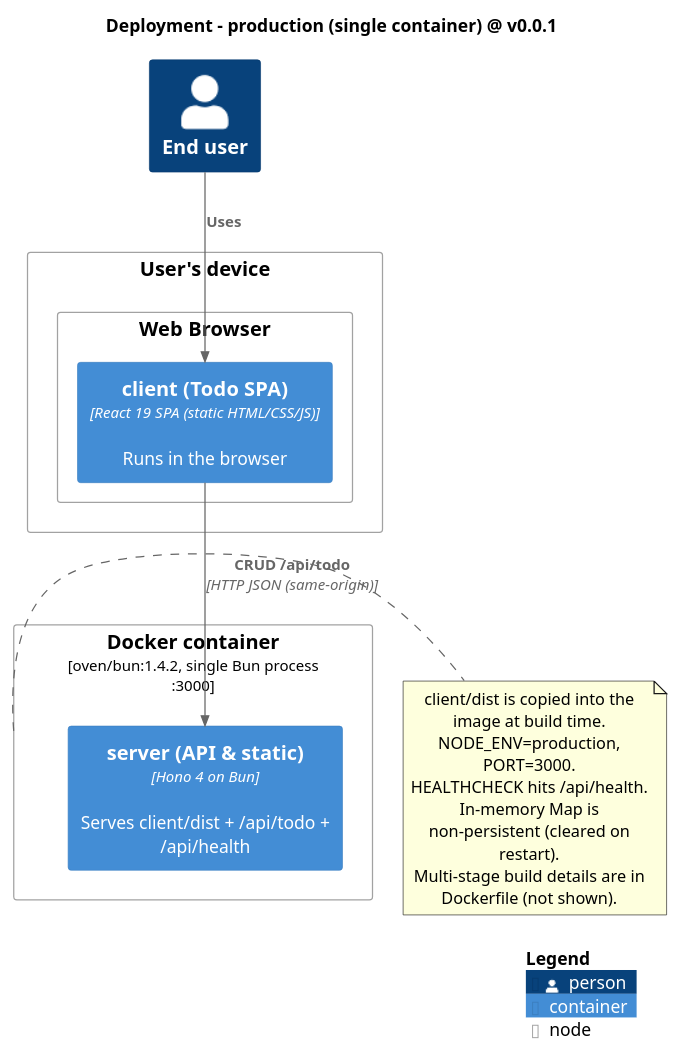
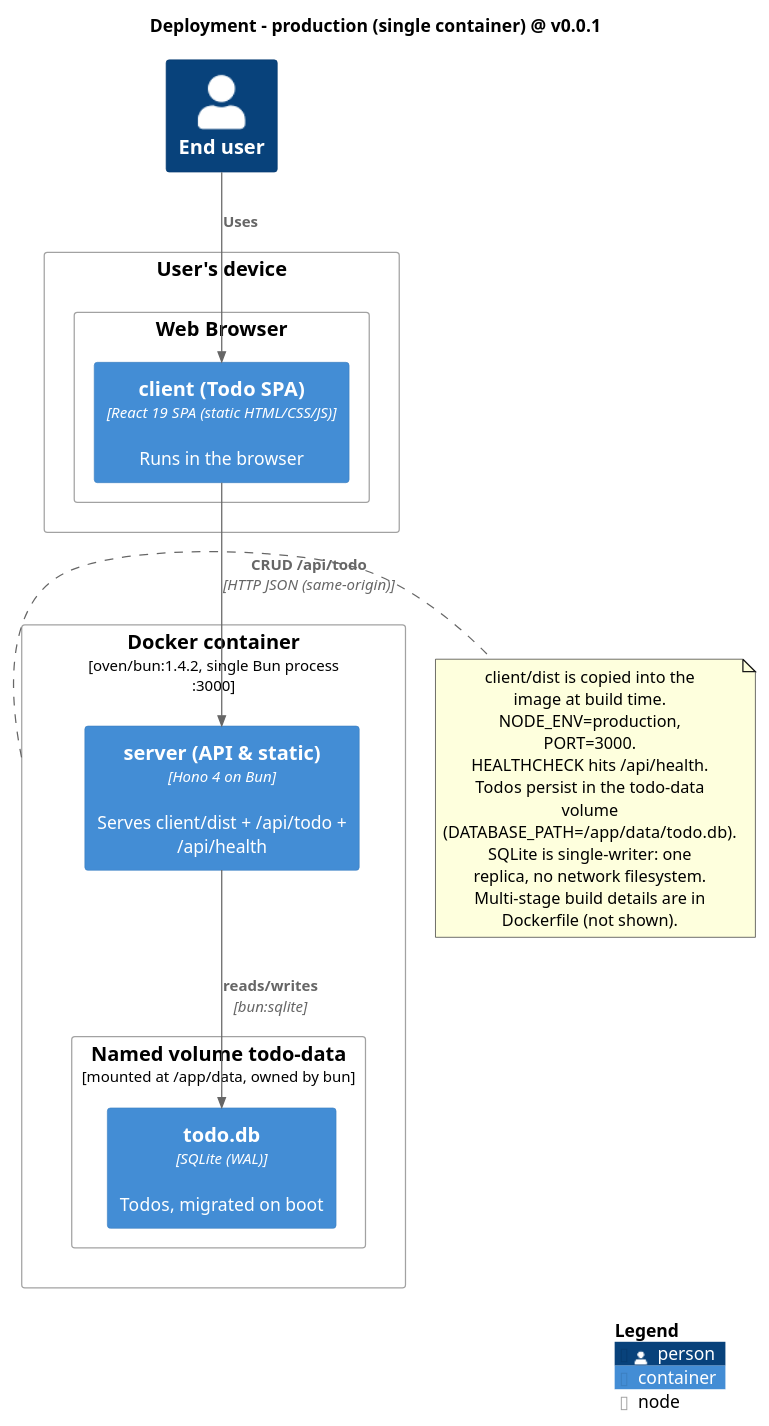
One commit to MemoryIt/todo changed the diagram in docs/architecture/diagrams/06b-deployment-prod.puml. Above: the diagram before and after it, drawn with PlantUML. The commit also changed 8 other files, not shown here.

First line of the commit message:
docs: describe SQLite persistence in READMEs and C4 diagrams

```diff
--- a/docs/architecture/diagrams/06b-deployment-prod.puml
+++ b/docs/architecture/diagrams/06b-deployment-prod.puml
@@ -1,29 +1,34 @@
 @startuml
 !include <C4/C4_Deployment>
 title Deployment - production (single container) @ v0.0.1
 
 Person(user, "End user")
 
 Deployment_Node(userDevice, "User's device") {
   Deployment_Node(browser, "Web Browser") {
     Container(client, "client (Todo SPA)", "React 19 SPA (static HTML/CSS/JS)", "Runs in the browser")
   }
 }
 
 Deployment_Node(docker, "Docker container", "oven/bun:1.4.2, single Bun process :3000") {
   Container(server, "server (API & static)", "Hono 4 on Bun", "Serves client/dist + /api/todo + /api/health")
+  Deployment_Node(volume, "Named volume todo-data", "mounted at /app/data, owned by bun") {
+    Container(database, "todo.db", "SQLite (WAL)", "Todos, migrated on boot")
+  }
 }
 
 Rel(user, client, "Uses")
 Rel(client, server, "CRUD /api/todo", "HTTP JSON (same-origin)")
+Rel(server, database, "reads/writes", "bun:sqlite")
 
 note right of docker
   client/dist is copied into the image at build time.
   NODE_ENV=production, PORT=3000.
   HEALTHCHECK hits /api/health.
-  In-memory Map is non-persistent (cleared on restart).
+  Todos persist in the todo-data volume (DATABASE_PATH=/app/data/todo.db).
+  SQLite is single-writer: one replica, no network filesystem.
   Multi-stage build details are in Dockerfile (not shown).
 end note
 
 SHOW_LEGEND()
 @enduml
```
